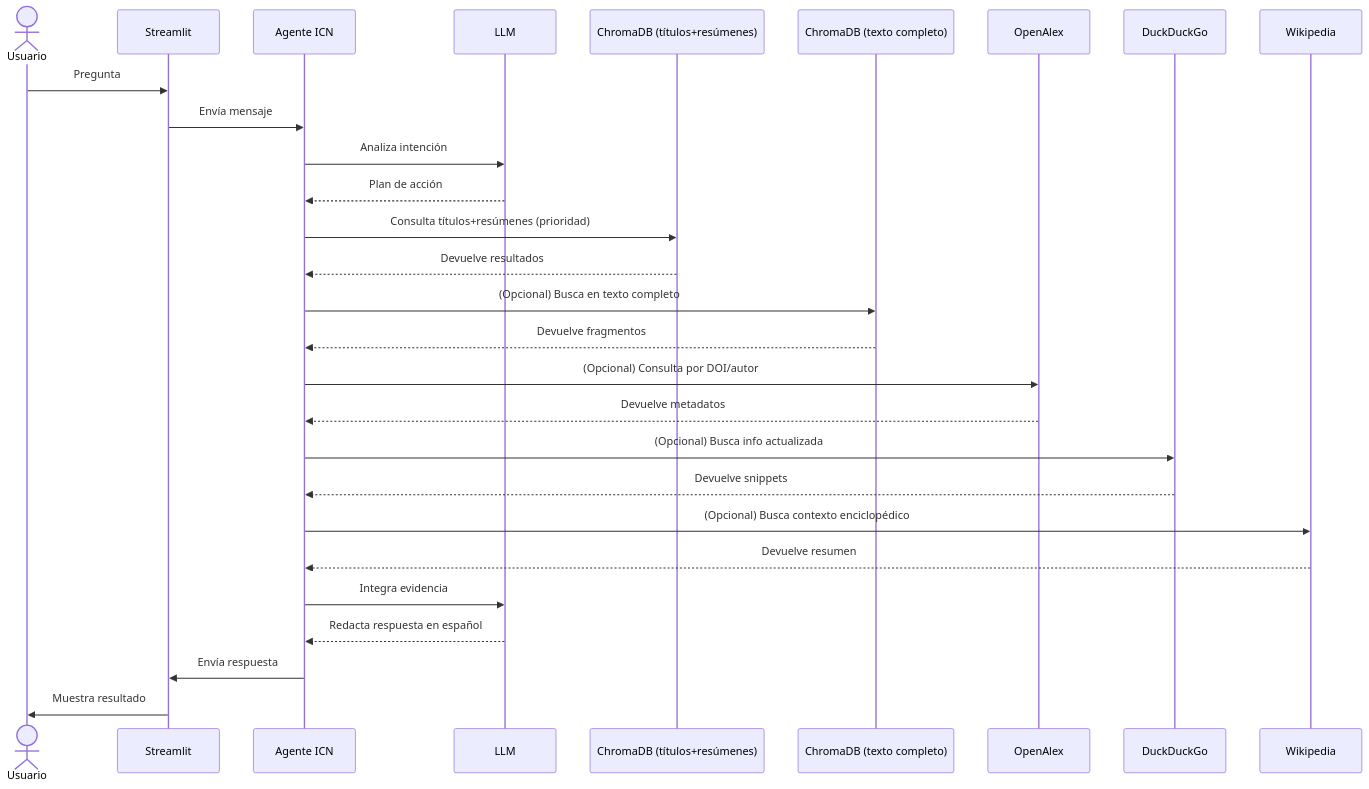
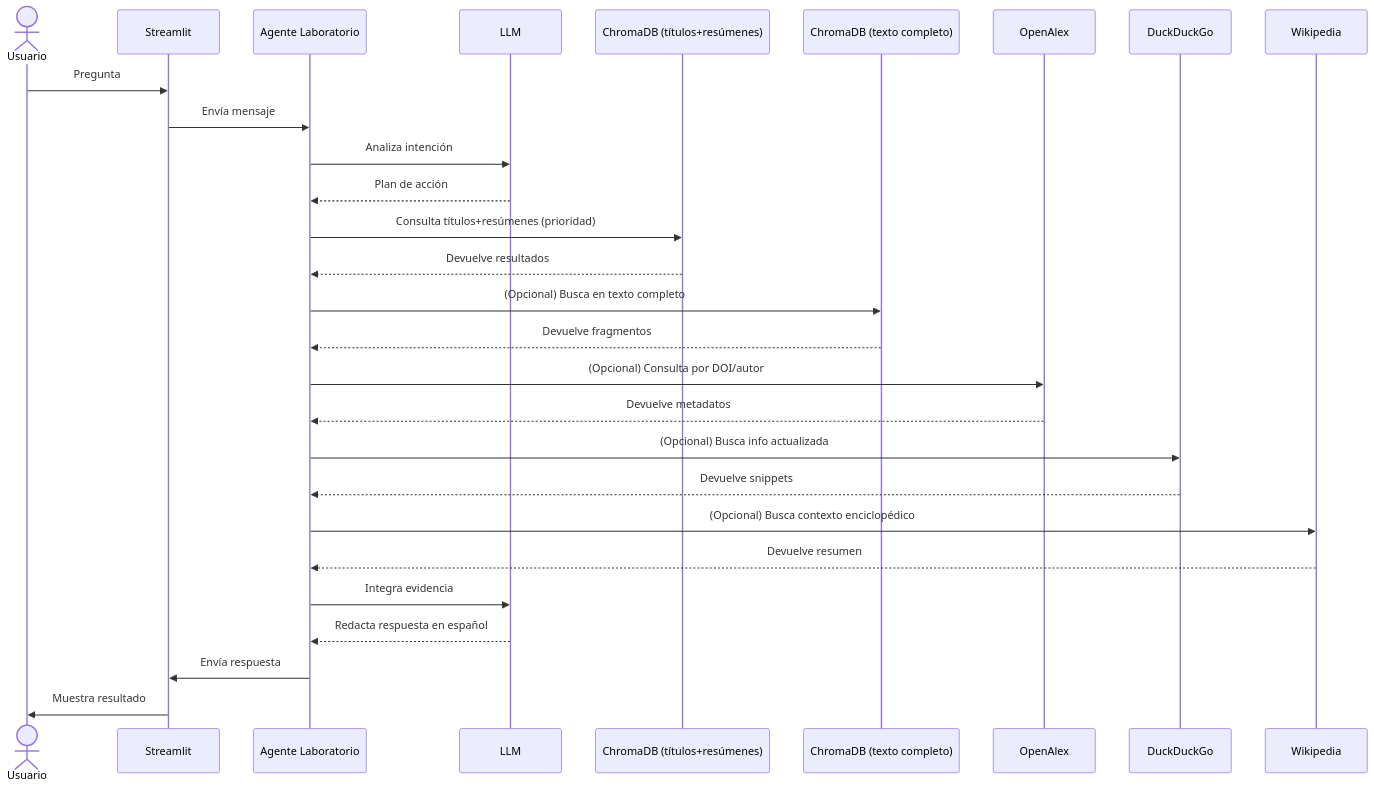
The second of 2 diagrams in README.md (chilti/rag_icn), drawn with Mermaid before and after one commit. The commit also changed other lines of this file, not shown here.

Commit message:
docs: update affiliation to Laboratorio de Dinámica no Lineal

````diff
--- a/README.md
+++ b/README.md
@@ -79,31 +79,31 @@
 ```mermaid
 sequenceDiagram
     actor U as Usuario
     participant S as Streamlit
-    participant A as Agente ICN
+    participant A as Agente Laboratorio
     participant L as LLM
     participant C1 as ChromaDB (títulos+resúmenes)
     participant C2 as ChromaDB (texto completo)
     participant O as OpenAlex
     participant D as DuckDuckGo
     participant W as Wikipedia
 
     U->>S: Pregunta
     S->>A: Envía mensaje
     A->>L: Analiza intención
     L-->>A: Plan de acción
     A->>C1: Consulta títulos+resúmenes (prioridad)
     C1-->>A: Devuelve resultados
     A->>C2: (Opcional) Busca en texto completo
     C2-->>A: Devuelve fragmentos
     A->>O: (Opcional) Consulta por DOI/autor
     O-->>A: Devuelve metadatos
     A->>D: (Opcional) Busca info actualizada
     D-->>A: Devuelve snippets
     A->>W: (Opcional) Busca contexto enciclopédico
     W-->>A: Devuelve resumen
     A->>L: Integra evidencia
     L-->>A: Redacta respuesta en español
     A->>S: Envía respuesta
     S->>U: Muestra resultado
 ```
````
